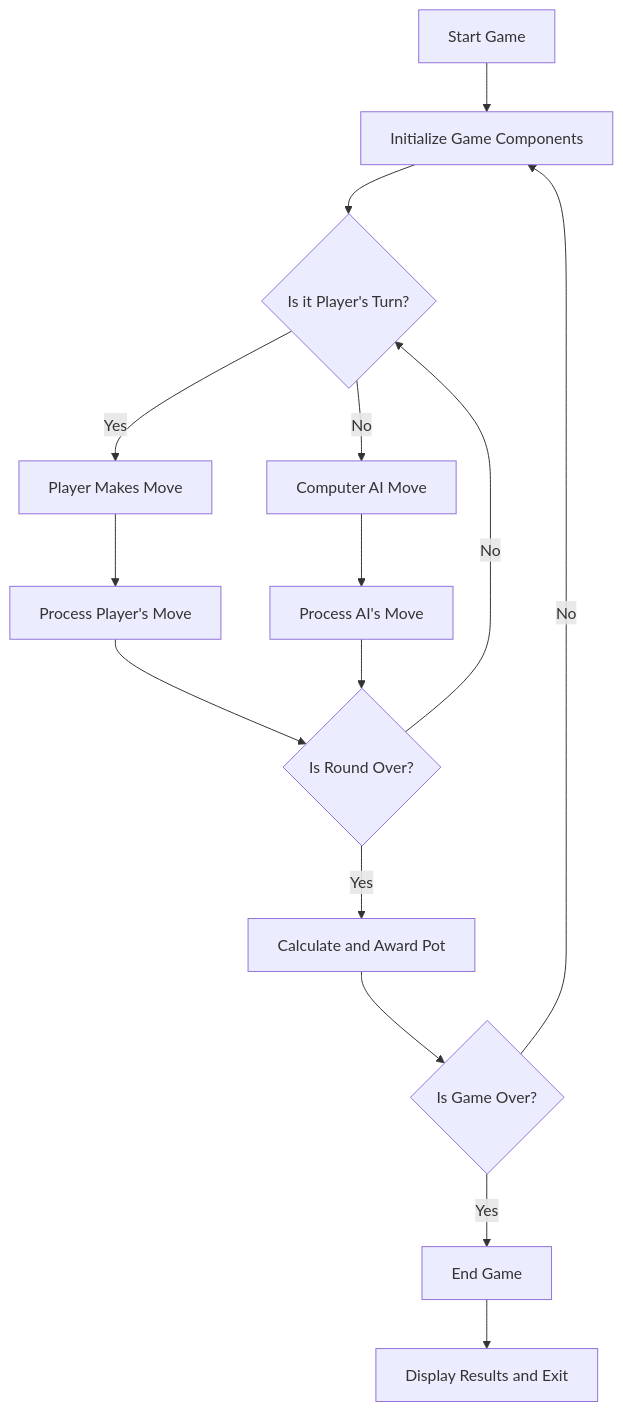
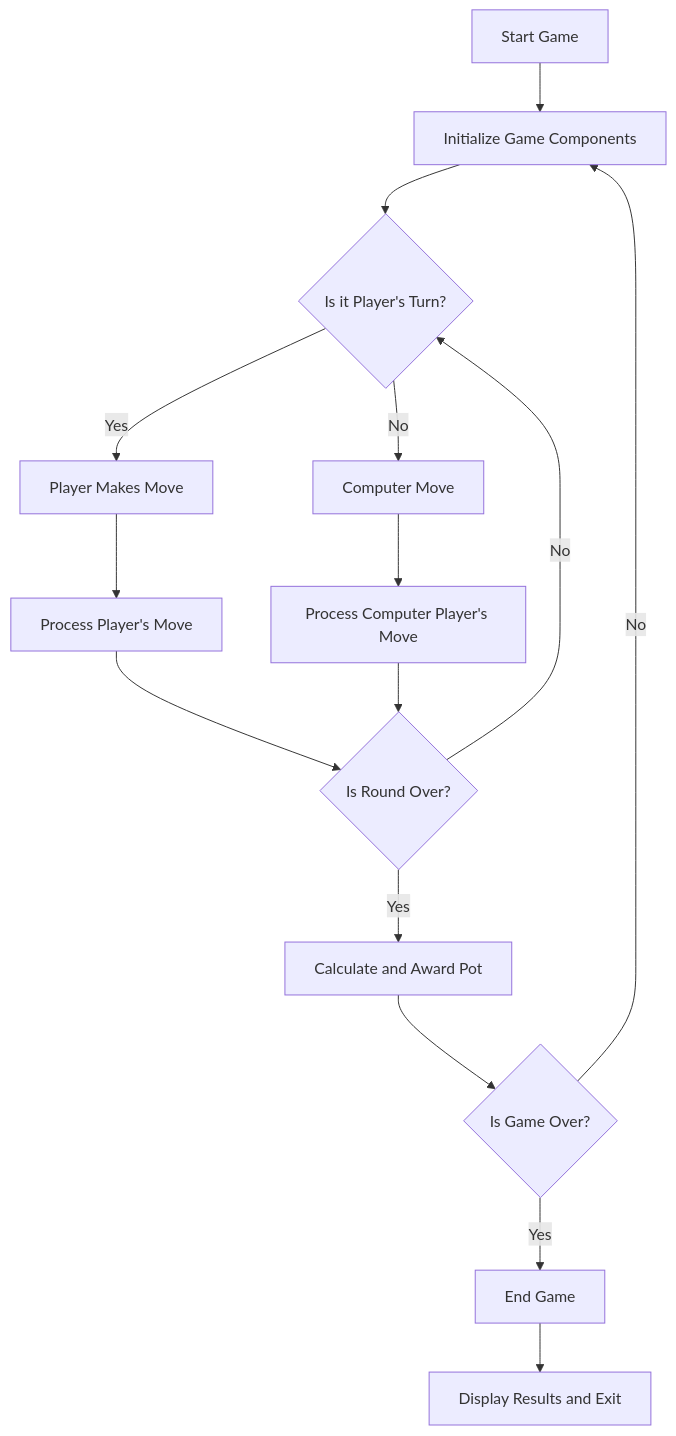
The diagram in dsa-23au/java-dsa/ZSR-project/README.md (TheEvergreenStateCollege/upper-division-cs-23-24), drawn with Mermaid before and after one commit. The commit also changed other lines of this file, not shown here.

````diff
--- a/dsa-23au/java-dsa/ZSR-project/README.md
+++ b/dsa-23au/java-dsa/ZSR-project/README.md
@@ -3,19 +3,19 @@
 ```mermaid
 
 flowchart TB
     A[Start Game] --> B[Initialize Game Components]
     B --> C{Is it Player's Turn?}
     C -->|Yes| D[Player Makes Move]
-    C -->|No| E[Computer AI Move]
+    C -->|No| E[Computer Move]
     D --> F[Process Player's Move]
-    E --> G[Process AI's Move]
+    E --> G[Process Computer Player's Move]
     F --> H{Is Round Over?}
     G --> H
     H -->|Yes| I[Calculate and Award Pot]
     H -->|No| C
     I --> J{Is Game Over?}
     J -->|Yes| K[End Game]
     J -->|No| B
     K --> L[Display Results and Exit]
 
 ```
````
